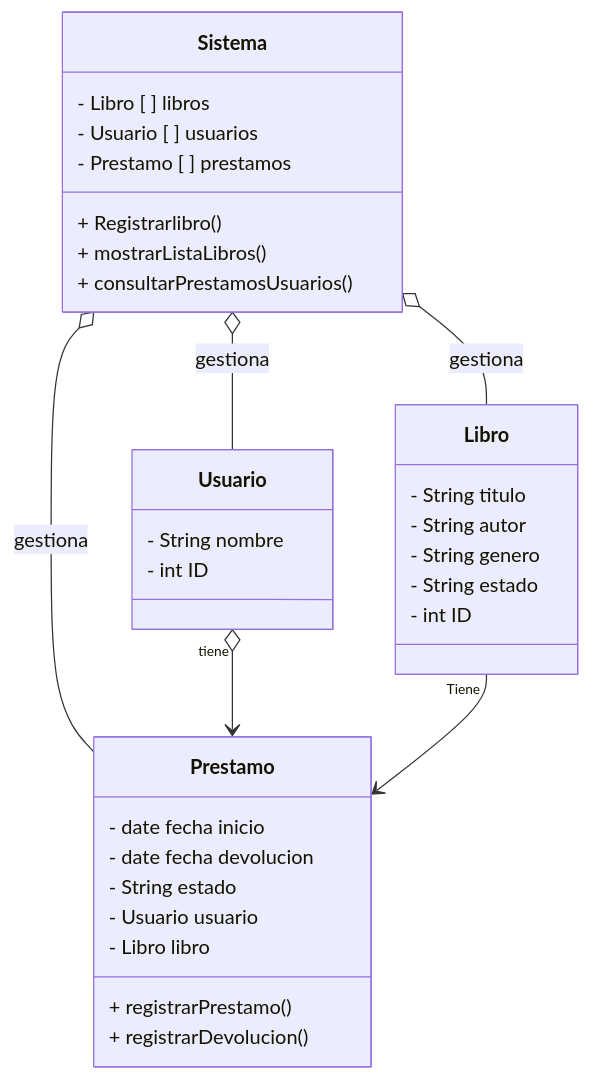
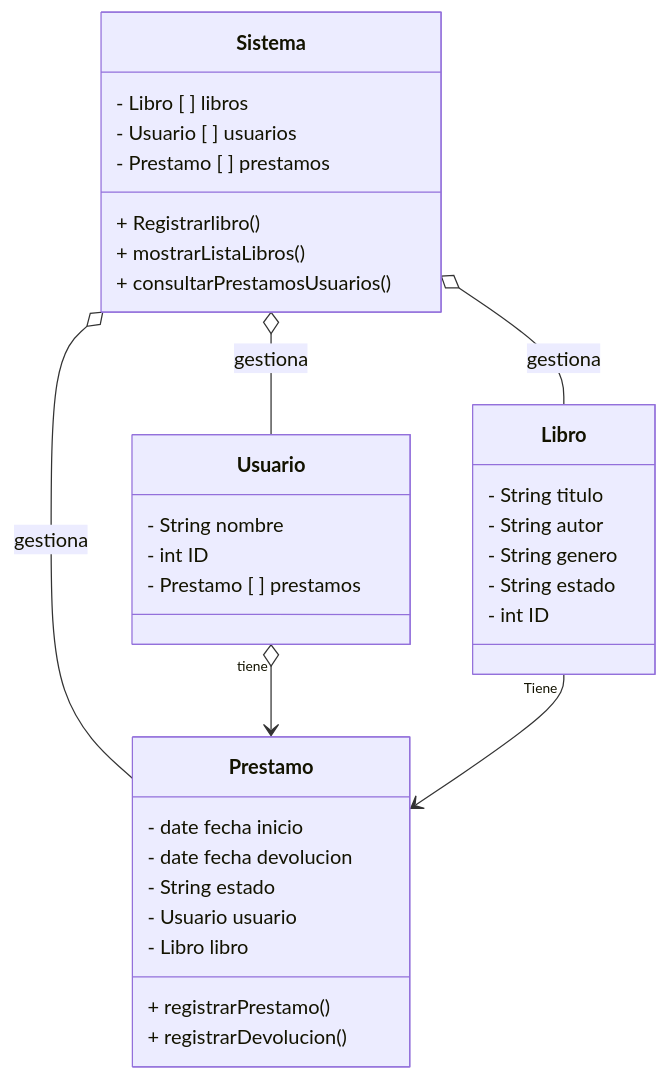
The diagram in diagramas.md (300CIS017-Object-Oriented-Programming/5-dise-o-objetos-felipe08121), drawn with Mermaid before and after one commit.

Commit message:
MOD: Modificacion de la clase usuarios, se agrega lista de prestamos.

````diff
--- a/diagramas.md
+++ b/diagramas.md
@@ -1,43 +1,44 @@
 ``` mermaid
 classDiagram
     Sistema: - Libro [ ] libros
     Sistema: - Usuario [ ] usuarios
     Sistema: - Prestamo [ ] prestamos
     Sistema: + Registrarlibro()
     
     Sistema: + mostrarListaLibros()
     Sistema: + consultarPrestamosUsuarios()
 
 
     Sistema o--  Usuario : gestiona
     Sistema o-- Libro : gestiona
     Sistema o--  Prestamo : gestiona
 
     class Usuario{
         - String nombre
         - int ID 
+        - Prestamo [ ] prestamos
     }
 
     
     Usuario "tiene" o--> Prestamo
     Libro "Tiene"--> Prestamo
 
 
     class Libro{
          - String titulo
          - String autor
          - String genero
          - String estado
          - int ID
     }
     
     class Prestamo{
         - date fecha inicio
         - date fecha devolucion
         - String estado
         - Usuario usuario
         - Libro libro
         + registrarPrestamo( )
         + registrarDevolucion()
     }
 ```
````
